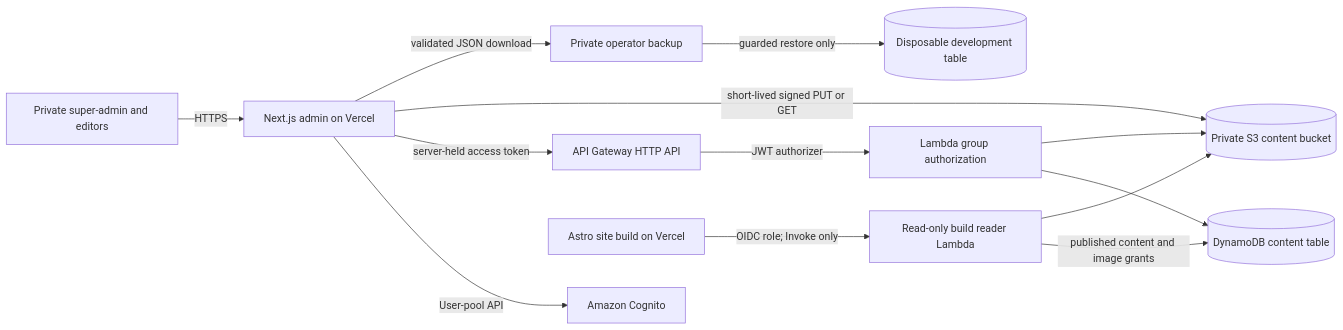
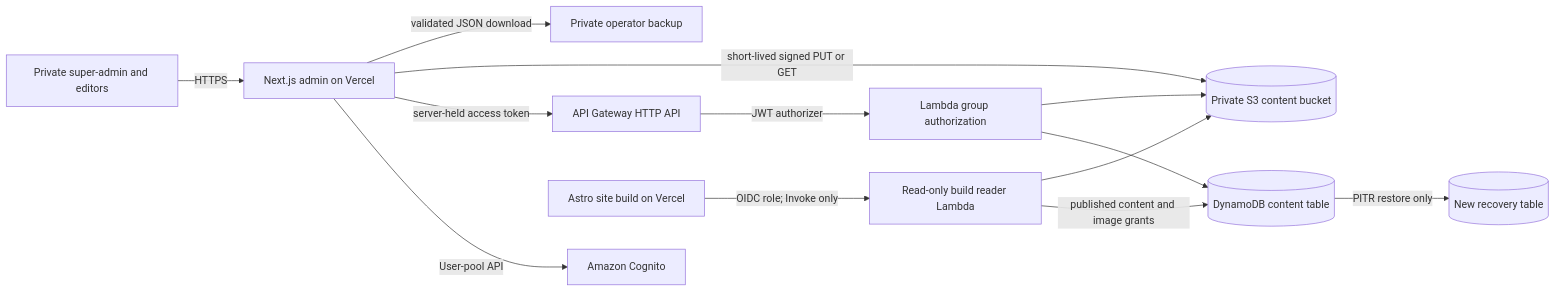
Before and after one commit to boversauros/admintonibover: the diagram in docs/architecture.md, drawn with Mermaid. The commit also changed other lines of this file and 15 other files, not shown here.

First line of the commit message:
Replace the custom restore engine with DynamoDB PITR

````diff
--- a/docs/architecture.md
+++ b/docs/architecture.md
@@ -10,15 +10,15 @@
 ```mermaid
 flowchart LR
   A[Private super-admin and editors] -->|HTTPS| N[Next.js admin on Vercel]
   N -->|User-pool API| C[Amazon Cognito]
   N -->|server-held access token| G[API Gateway HTTP API]
   G -->|JWT authorizer| L[Lambda group authorization]
   L --> D[(DynamoDB content table)]
   L --> S[(Private S3 content bucket)]
   N -->|short-lived signed PUT or GET| S
   N -->|validated JSON download| B[Private operator backup]
-  B -->|guarded restore only| R[(Disposable development table)]
+  D -->|PITR restore only| R[(New recovery table)]
   V[Astro site build on Vercel] -->|OIDC role; Invoke only| RL[Read-only build reader Lambda]
   RL -->|published content and image grants| D
   RL --> S
 ```
````
